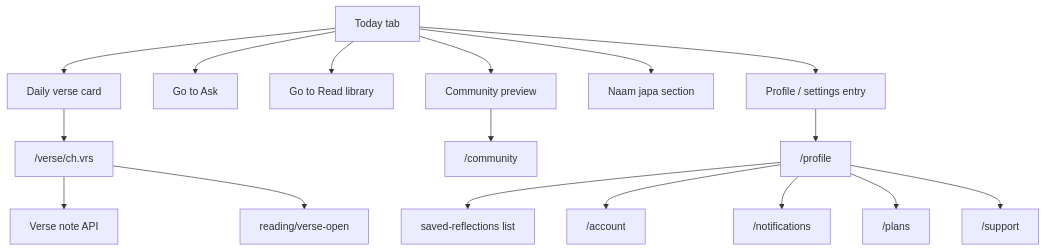
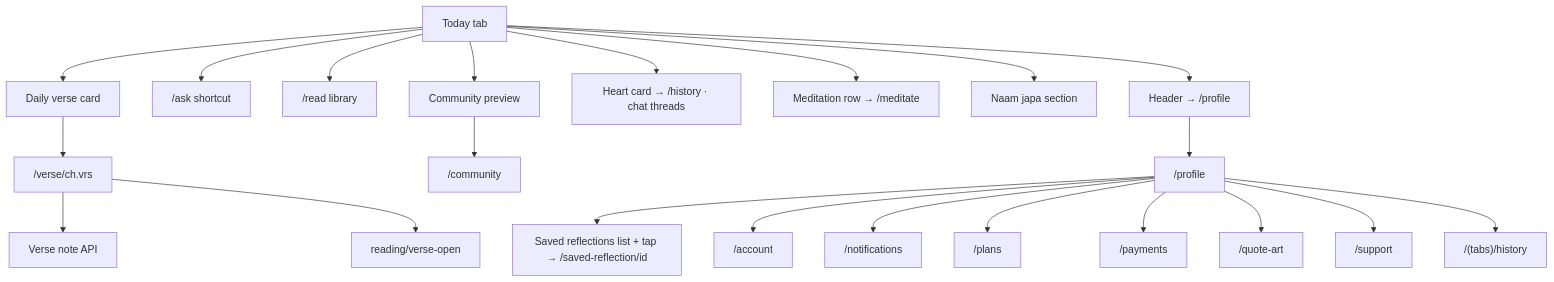
One commit to deeecoderrr/BhagwatGitaGuide changed the third of 16 diagrams in docs/USER_APP_FLOWS.md. Above: the diagram before and after it, drawn with Mermaid. The commit also changed other lines of this file and 16 other files, not shown here.

````diff
--- a/docs/USER_APP_FLOWS.md
+++ b/docs/USER_APP_FLOWS.md
@@ -64,24 +66,30 @@
 ```mermaid
 flowchart TD
   Today[Today tab]
 
   Today --> DV[Daily verse card]
   DV --> Verse["/verse/ch.vrs"]
   Verse --> Note[Verse note API]
   Verse --> RO[reading/verse-open]
 
-  Today --> AskTab[Go to Ask]
-  Today --> ReadTab[Go to Read library]
-  Today --> ProfileBtn[Profile / settings entry]
+  Today --> AskTab["/ask shortcut"]
+  Today --> ReadTab["/read library"]
+  Today --> ProfileBtn["Header → /profile"]
+
+  Today --> HistShortcut["Heart card → /history · chat threads"]
+  Today --> MedShortcut["Meditation row → /meditate"]
 
   Today --> NH[Naam japa section]
   Today --> CH[Community preview]
   CH --> CommFull["/community"]
 
   ProfileBtn --> Profile["/profile"]
-  Profile --> Saved[saved-reflections list]
+  Profile --> Saved["Saved reflections list + tap → /saved-reflection/id"]
   Profile --> Acct["/account"]
   Profile --> Notif["/notifications"]
   Profile --> Plans["/plans"]
+  Profile --> PayHist["/payments"]
+  Profile --> QA["/quote-art"]
   Profile --> Support["/support"]
+  Profile --> HistAgain["/(tabs)/history"]
 ```
````
